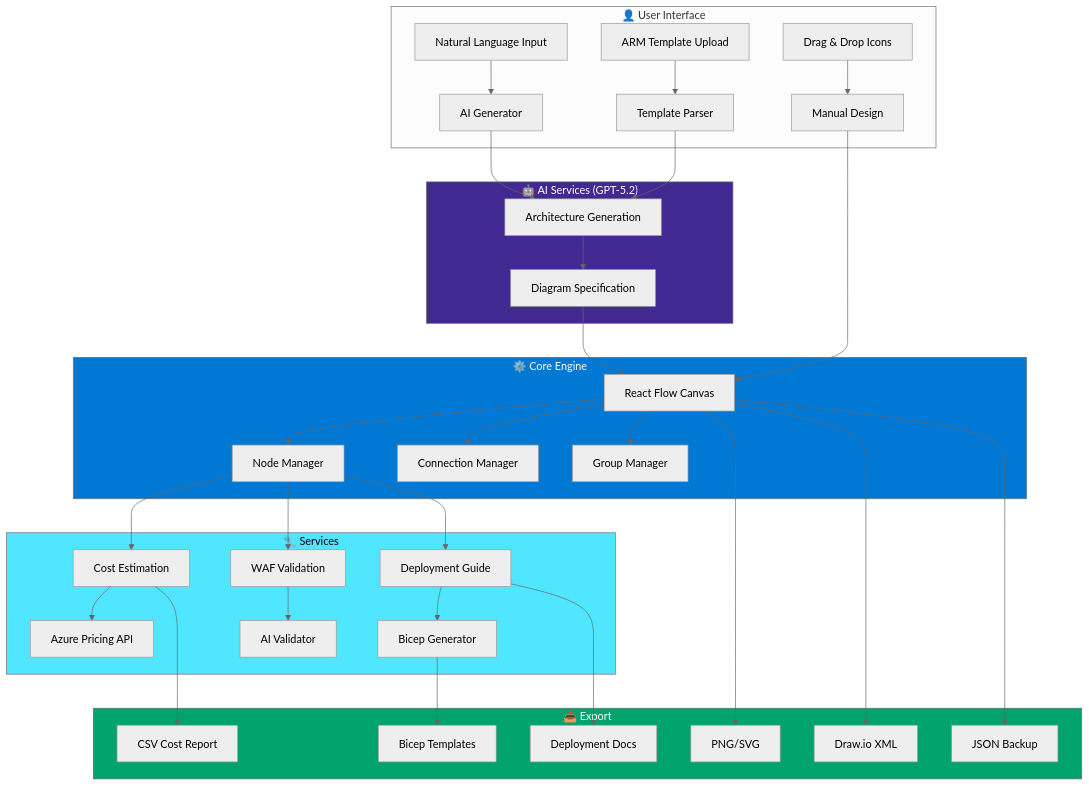
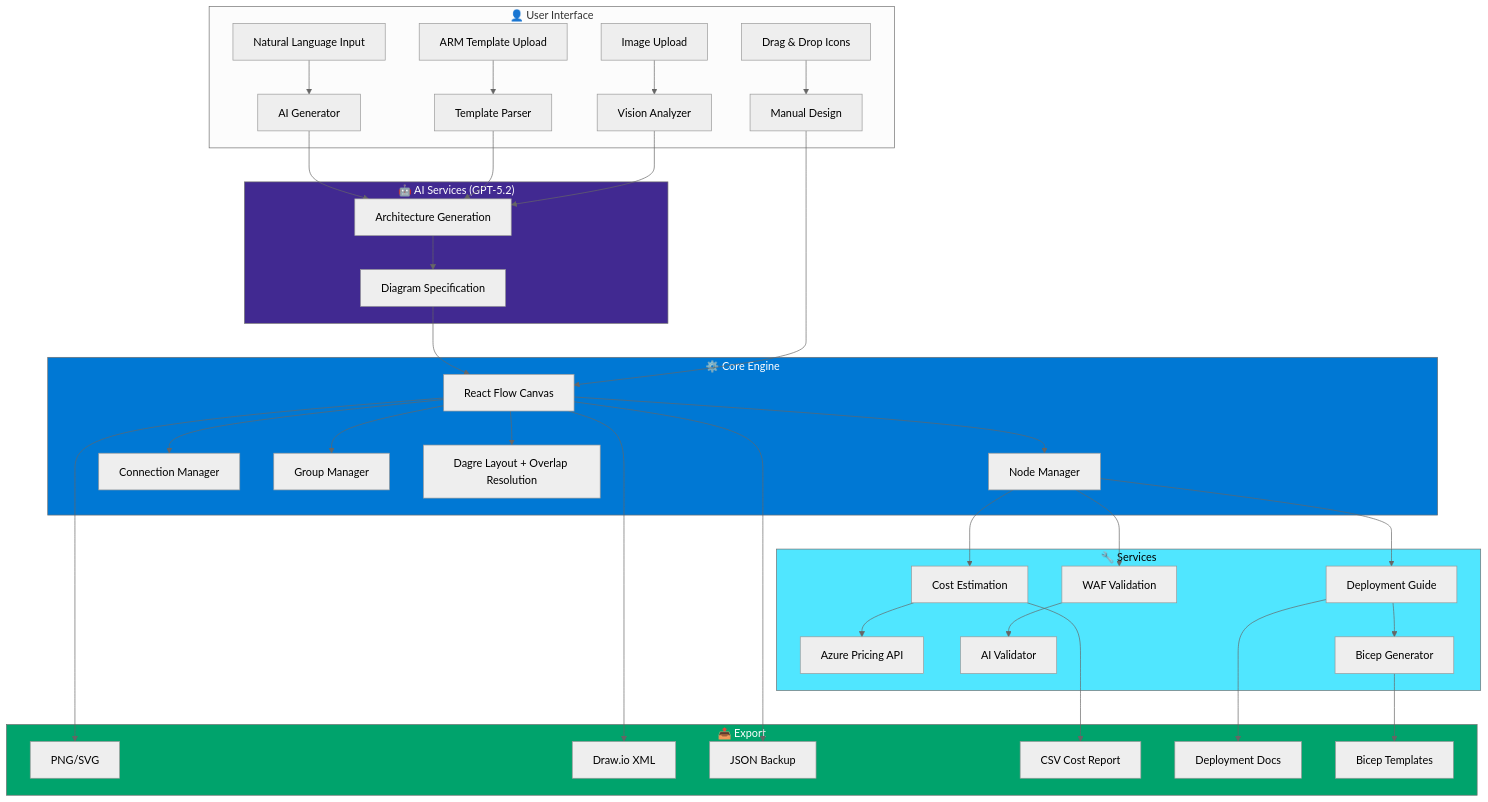
The first of 3 diagrams in README.md (Arturo-Quiroga-MSFT/azure-architecture-diagram-builder), drawn with Mermaid (neutral theme) before and after one commit. The commit also changed other lines of this file and 2 other files, not shown here.

Commit message:
Update README with all current features, fix Azure Policy icon category, fix ImageUploader typo

````diff
--- a/README.md
+++ b/README.md
@@ -117,45 +128,48 @@
 ```mermaid
 flowchart TD
     subgraph User["👤 User Interface"]
         A[Natural Language Input] --> B[AI Generator]
         C[ARM Template Upload] --> D[Template Parser]
         E[Drag & Drop Icons] --> F[Manual Design]
+        G[Image Upload] --> H[Vision Analyzer]
     end
 
     subgraph AI["🤖 AI Services (GPT-5.2)"]
-        B --> G[Architecture Generation]
-        D --> G
-        G --> H[Diagram Specification]
+        B --> I[Architecture Generation]
+        D --> I
+        H --> I
+        I --> J[Diagram Specification]
     end
 
     subgraph Core["⚙️ Core Engine"]
-        H --> I[React Flow Canvas]
-        F --> I
-        I --> J[Node Manager]
-        I --> K[Connection Manager]
-        I --> L[Group Manager]
+        J --> K[React Flow Canvas]
+        F --> K
+        K --> L[Node Manager]
+        K --> M[Connection Manager]
+        K --> N[Group Manager]
+        K --> O[Dagre Layout + Overlap Resolution]
     end
 
     subgraph Services["🔧 Services"]
-        J --> M[Cost Estimation]
-        J --> N[WAF Validation]
-        J --> O[Deployment Guide]
-        M --> P[Azure Pricing API]
-        N --> Q[AI Validator]
-        O --> R[Bicep Generator]
+        L --> P[Cost Estimation]
+        L --> Q[WAF Validation]
+        L --> R[Deployment Guide]
+        P --> S[Azure Pricing API]
+        Q --> T[AI Validator]
+        R --> U[Bicep Generator]
     end
 
     subgraph Export["📤 Export"]
-        I --> S[PNG/SVG]
-        I --> T[Draw.io XML]
-        I --> U[JSON Backup]
-        M --> V[CSV Cost Report]
-        O --> W[Deployment Docs]
-        R --> X[Bicep Templates]
+        K --> V[PNG/SVG]
+        K --> W[Draw.io XML]
+        K --> X[JSON Backup]
+        P --> Y[CSV Cost Report]
+        R --> Z[Deployment Docs]
+        U --> AA[Bicep Templates]
     end
 
     style AI fill:#412991,color:#fff
     style Core fill:#0078D4,color:#fff
     style Services fill:#50E6FF,color:#000
     style Export fill:#00A36C,color:#fff
 ```
````
